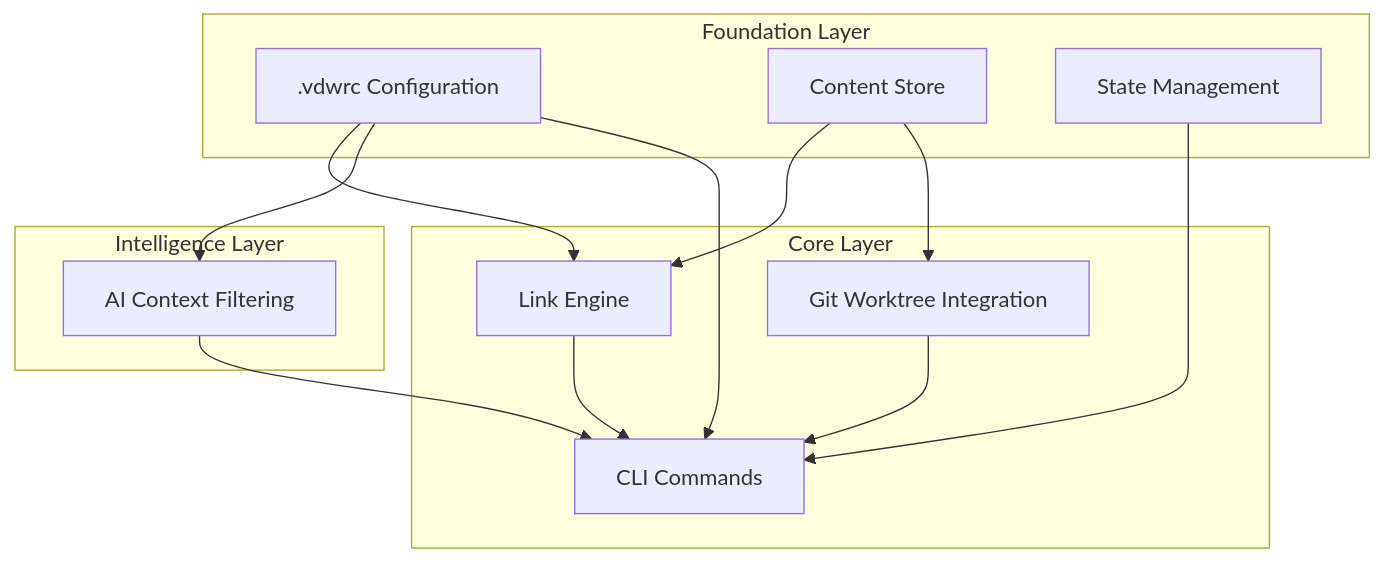
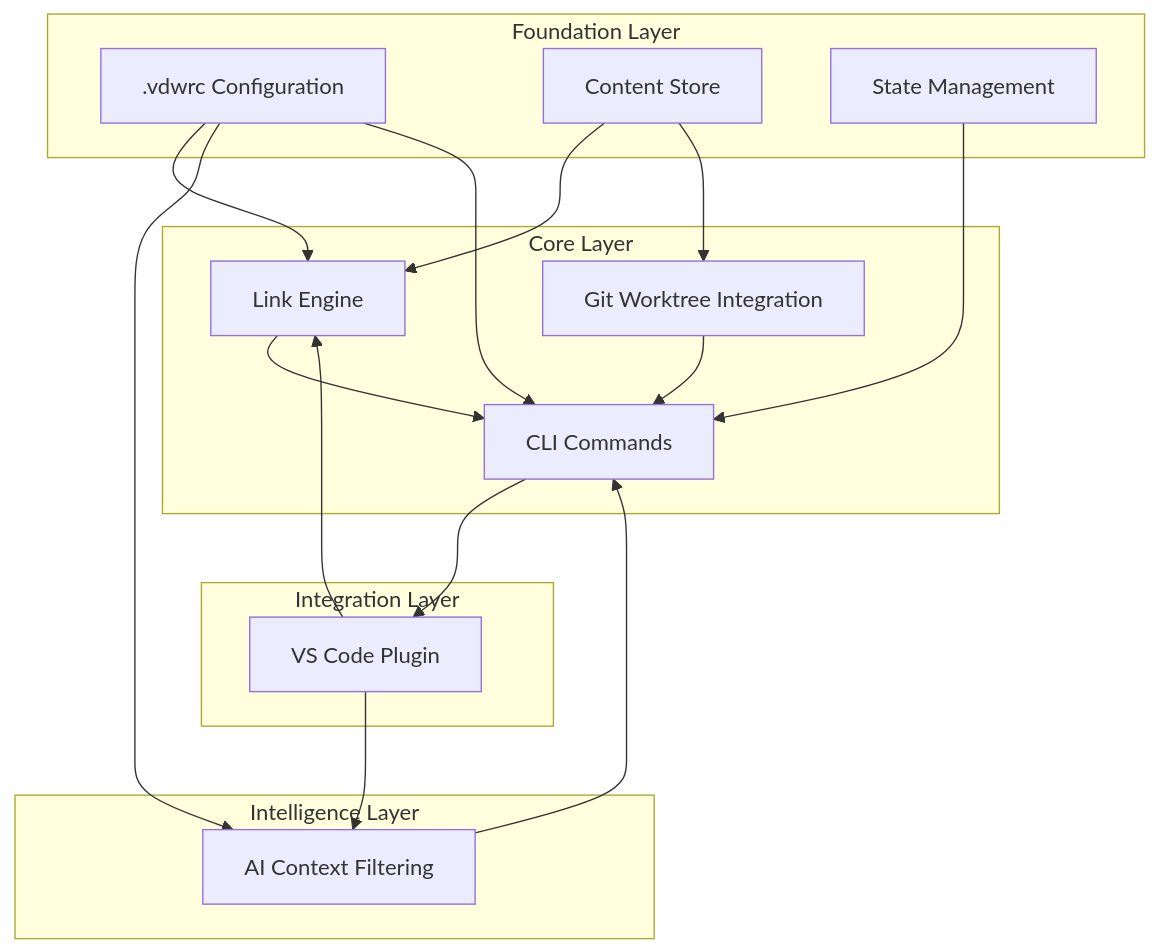
Before and after one commit to HWH-2019/vdw: diagram 11 of 11 in .qoder/repowiki/en/content/Core Features Documentation/Core Features Documentation.md, drawn with Mermaid. The commit also changed other lines of this file and 12 other files, not shown here.

````diff
--- a/.qoder/repowiki/en/content/Core Features Documentation/Core Features Documentation.md
+++ b/.qoder/repowiki/en/content/Core Features Documentation/Core Features Documentation.md
@@ -661,25 +861,31 @@
 ```mermaid
 graph TB
 subgraph "Foundation Layer"
 F1[.vdwrc Configuration]
 F2[Content Store]
 F7[State Management]
 end
 subgraph "Core Layer"
 F3[Link Engine]
 F4[Git Worktree Integration]
 F6[CLI Commands]
 end
 subgraph "Intelligence Layer"
 F5[AI Context Filtering]
 end
+subgraph "Integration Layer"
+F8[VS Code Plugin]
+end
 F1 --> F3
 F1 --> F5
 F1 --> F6
 F2 --> F3
 F2 --> F4
 F3 --> F6
 F4 --> F6
 F5 --> F6
 F7 --> F6
+F6 --> F8
+F8 --> F3
+F8 --> F5
 ```
````
